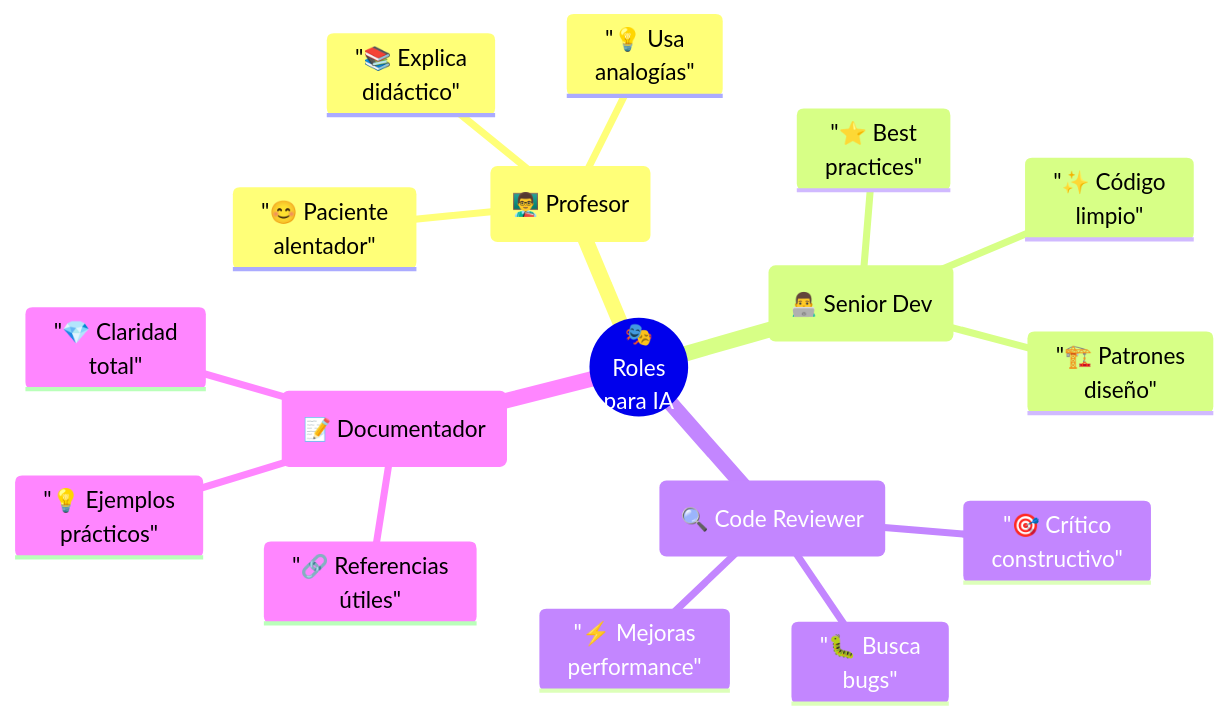
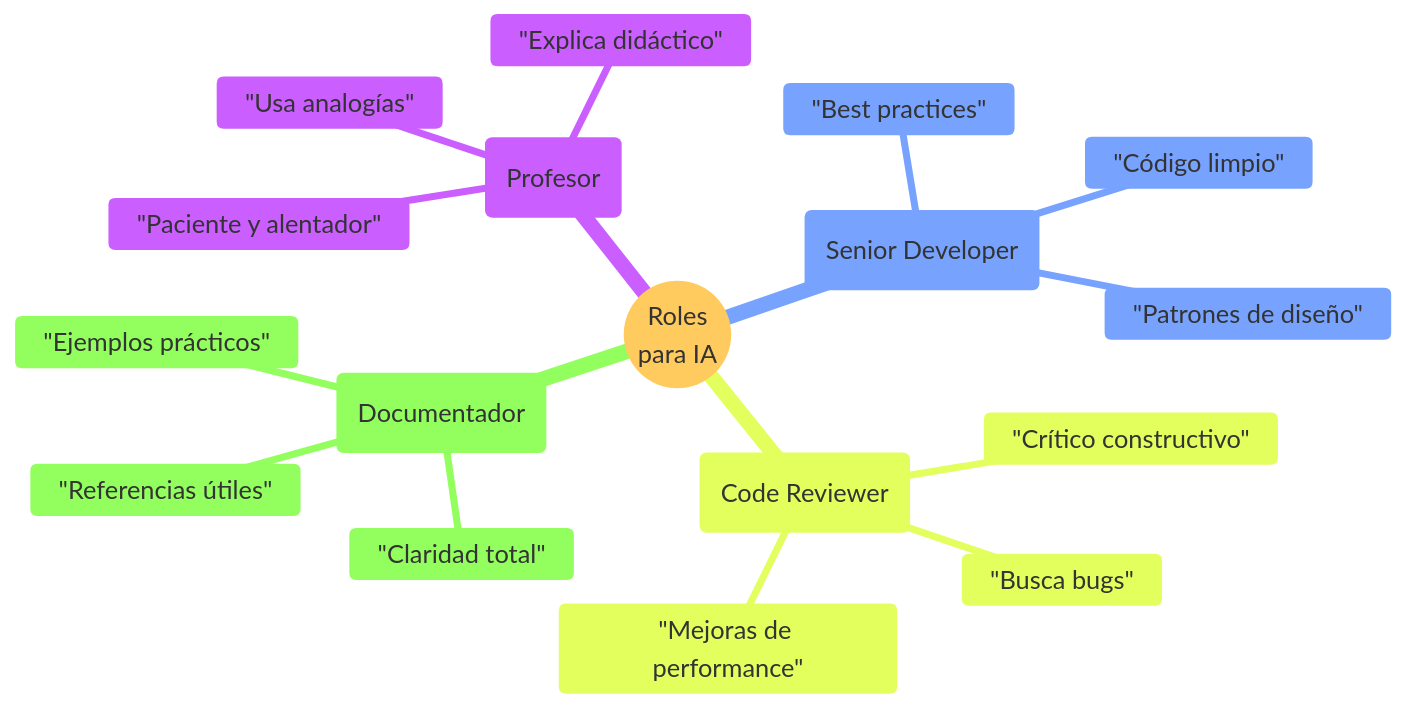
One commit to Ai-Whisperers/Courses-Content changed diagram 13 of 18 in courses/🟡-development/FPUNA-2026/00-FUNDAMENTOS-PRINCIPALES/03-ingenieria-prompts.md. Above: the diagram before and after it, drawn with Mermaid. The commit also changed other lines of this file and 47 other files, not shown here.

First line of the commit message:
fix: Make all 473 diagrams WCAG AAA accessible (FPUNA-2026)

````diff
--- a/courses/🟡-development/FPUNA-2026/00-FUNDAMENTOS-PRINCIPALES/03-ingenieria-prompts.md
+++ b/courses/🟡-development/FPUNA-2026/00-FUNDAMENTOS-PRINCIPALES/03-ingenieria-prompts.md
@@ -830,20 +846,21 @@
 ```mermaid
+%%{init: {'theme':'base', 'themeVariables': {'fontSize':'18px'}}}%%
 mindmap
-  root(("🎭<br/>Roles<br/>para IA"))
-    ("👨‍🏫 Profesor")
-      "📚 Explica<br/>didáctico"
-      "💡 Usa<br/>analogías"
-      "😊 Paciente<br/>alentador"
-    ("👨‍💻 Senior Dev")
-      "⭐ Best<br/>practices"
-      "🏗️ Patrones<br/>diseño"
-      "✨ Código<br/>limpio"
-    ("🔍 Code Reviewer")
-      "🎯 Crítico<br/>constructivo"
-      "🐛 Busca<br/>bugs"
-      "⚡ Mejoras<br/>performance"
-    ("📝 Documentador")
-      "💎 Claridad<br/>total"
-      "💡 Ejemplos<br/>prácticos"
-      "🔗 Referencias<br/>útiles"
+  root(("Roles<br>para IA"))
+    ("Profesor")
+      "Explica didáctico"
+      "Usa analogías"
+      "Paciente y alentador"
+    ("Senior Developer")
+      "Best practices"
+      "Patrones de diseño"
+      "Código limpio"
+    ("Code Reviewer")
+      "Crítico constructivo"
+      "Busca bugs"
+      "Mejoras de performance"
+    ("Documentador")
+      "Claridad total"
+      "Ejemplos prácticos"
+      "Referencias útiles"
 ```
````
